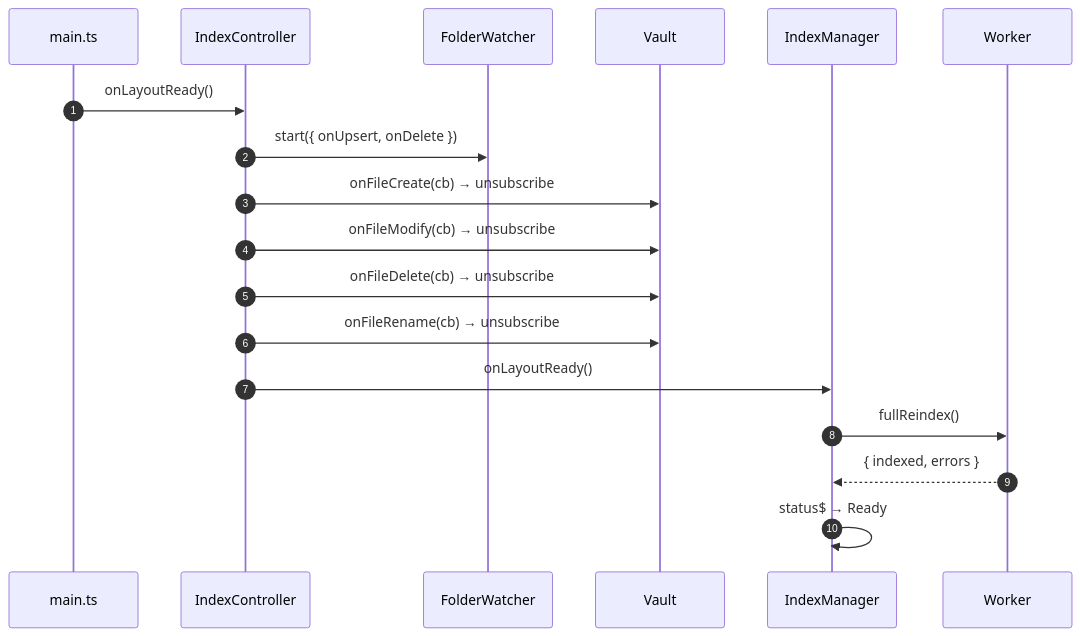
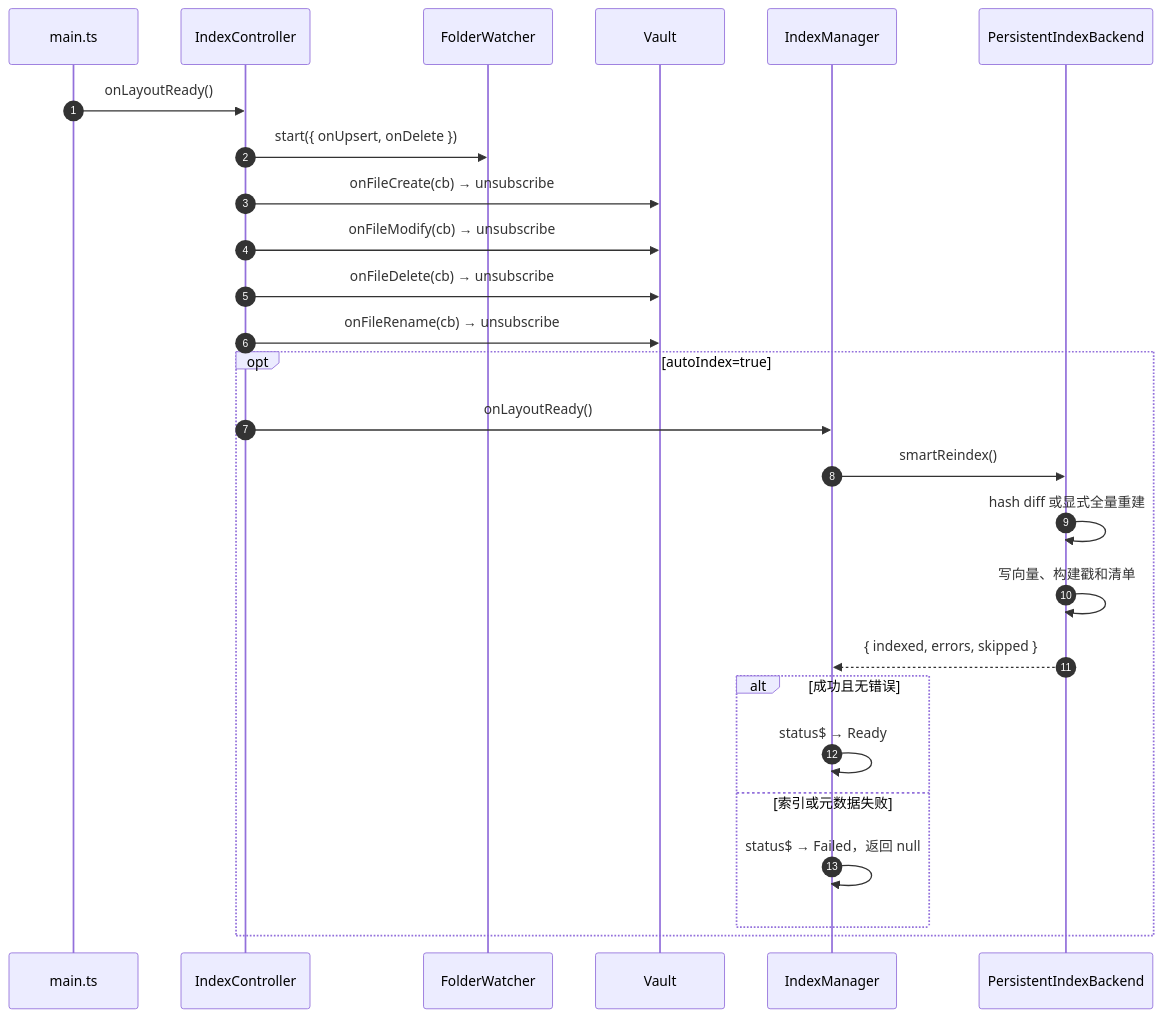
Before and after one commit to golddream-y/obsidian-ratel: the second of 4 diagrams in docs/architecture/host/index-controller.md, drawn with Mermaid. The commit also changed other lines of this file and 9 other files, not shown here.

````diff
--- a/docs/architecture/host/index-controller.md
+++ b/docs/architecture/host/index-controller.md
@@ -88,21 +90,29 @@
 ```mermaid
 sequenceDiagram
     autonumber
     participant M as main.ts
     participant IC as IndexController
     participant FW as FolderWatcher
     participant V as Vault
     participant IM as IndexManager
-    participant WP as Worker
+    participant WP as PersistentIndexBackend
 
     M->>IC: onLayoutReady()
     IC->>FW: start({ onUpsert, onDelete })
     IC->>V: onFileCreate(cb) → unsubscribe
     IC->>V: onFileModify(cb) → unsubscribe
     IC->>V: onFileDelete(cb) → unsubscribe
     IC->>V: onFileRename(cb) → unsubscribe
-    IC->>IM: onLayoutReady()
-    IM->>WP: fullReindex()
-    WP-->>IM: { indexed, errors }
-    IM->>IM: status$ → Ready
+    opt autoIndex=true
+        IC->>IM: onLayoutReady()
+        IM->>WP: smartReindex()
+        WP->>WP: hash diff 或显式全量重建
+        WP->>WP: 写向量、构建戳和清单
+        WP-->>IM: { indexed, errors, skipped }
+        alt 成功且无错误
+            IM->>IM: status$ → Ready
+        else 索引或元数据失败
+            IM->>IM: status$ → Failed，返回 null
+        end
+    end
 ```
````
